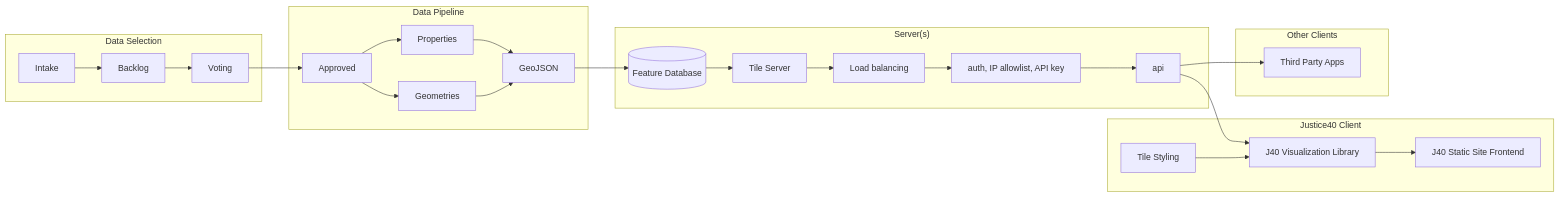
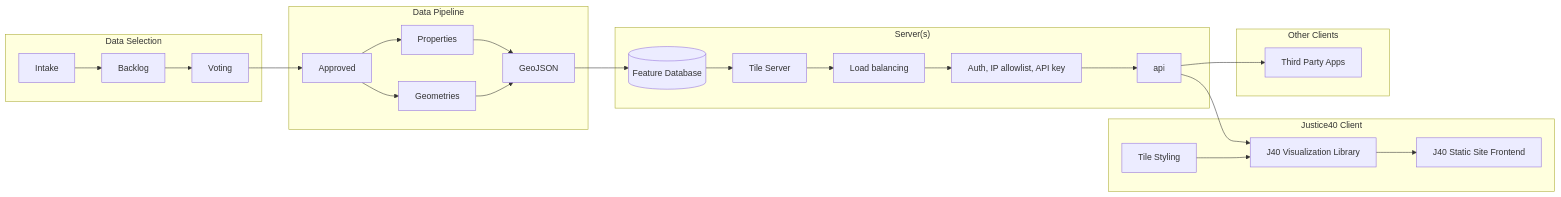
The diagram in docs/architecture/architecture.mmd (usds/justice40-tool), drawn with Mermaid before and after one commit.

Commit message:
small mmd update

```diff
--- a/docs/architecture/architecture.mmd
+++ b/docs/architecture/architecture.mmd
@@ -1,26 +1,26 @@
 graph LR
     subgraph ds["Data Selection"]
     Intake --> Backlog --> Voting
     end
     subgraph dp["Data Pipeline"]
     Voting --> Approved
     Approved --> Properties
     Approved --> Geometries
     Properties --> GeoJSON
     Geometries --> GeoJSON
     end
     subgraph s["Server(s)"]
     GeoJSON --> db[("Feature Database")]
     db --> tileserv["Tile Server"]
     tileserv --> lb["Load balancing"]
-    lb --> auth["auth, IP allowlist, API key"]
+    lb --> auth["Auth, IP allowlist, API key"]
     auth --> api
     end
     subgraph j40["Justice40 Client"]
     api --> vl["J40 Visualization Library"]
     ts["Tile Styling"] --> vl
     vl --> fe["J40 Static Site Frontend"]
     end
     subgraph oc["Other Clients"]
     api --> 3p["Third Party Apps"]
     end
```
